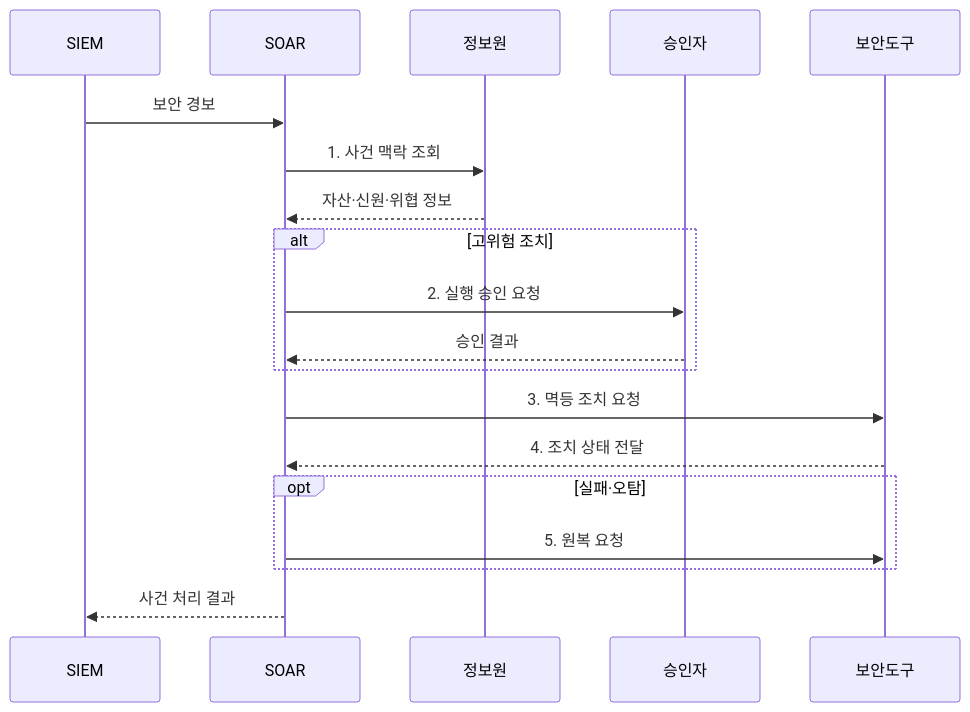
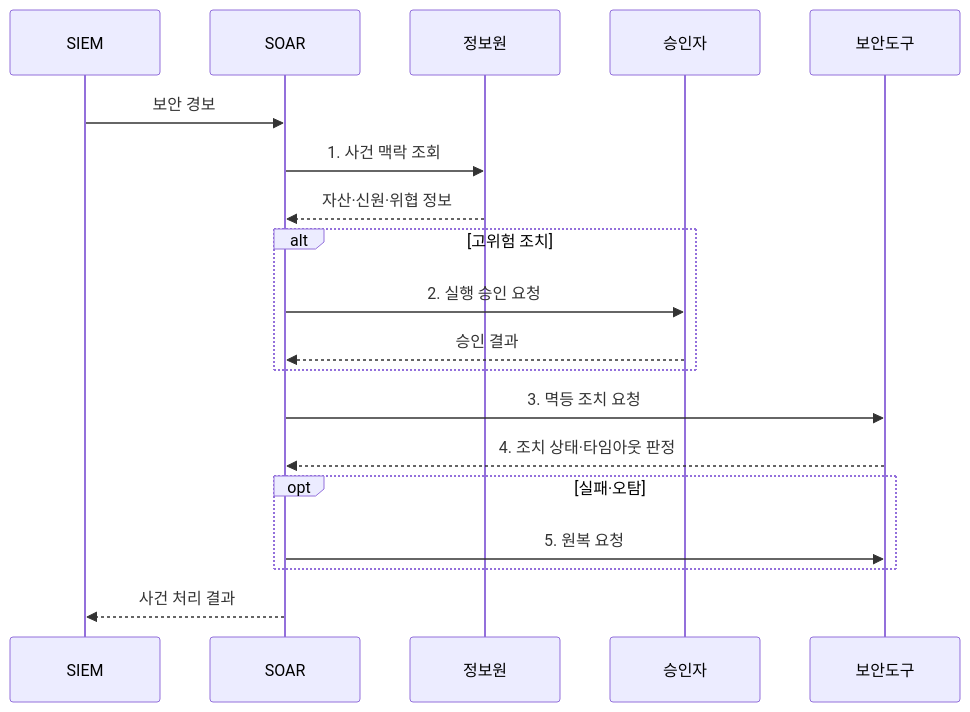
Before and after one commit to agnusdei1207/knowledge-base: the second of 2 diagrams in src/content/docs/notes/04-network/094_soar.md, drawn with Mermaid. The commit also changed other lines of this file and 9 other files, not shown here.

````diff
--- a/src/content/docs/notes/04-network/094_soar.md
+++ b/src/content/docs/notes/04-network/094_soar.md
@@ -99,21 +102,21 @@
 ```mermaid
 sequenceDiagram
     participant SIEM
     participant SOAR
     participant 정보원
     participant 승인자
     participant 보안도구
     SIEM->>SOAR: 보안 경보
     SOAR->>정보원: 1. 사건 맥락 조회
     정보원-->>SOAR: 자산·신원·위협 정보
     alt 고위험 조치
         SOAR->>승인자: 2. 실행 승인 요청
         승인자-->>SOAR: 승인 결과
     end
     SOAR->>보안도구: 3. 멱등 조치 요청
-    보안도구-->>SOAR: 4. 조치 상태 전달
+    보안도구-->>SOAR: 4. 조치 상태·타임아웃 판정
     opt 실패·오탐
         SOAR->>보안도구: 5. 원복 요청
     end
     SOAR-->>SIEM: 사건 처리 결과
 ```
````
